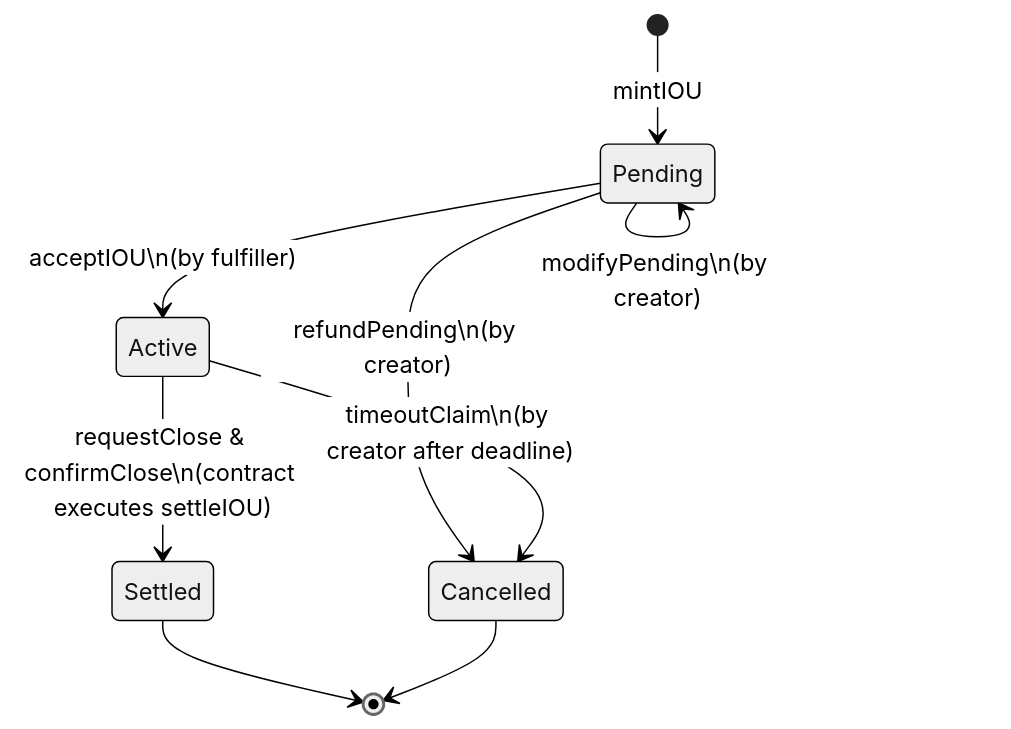
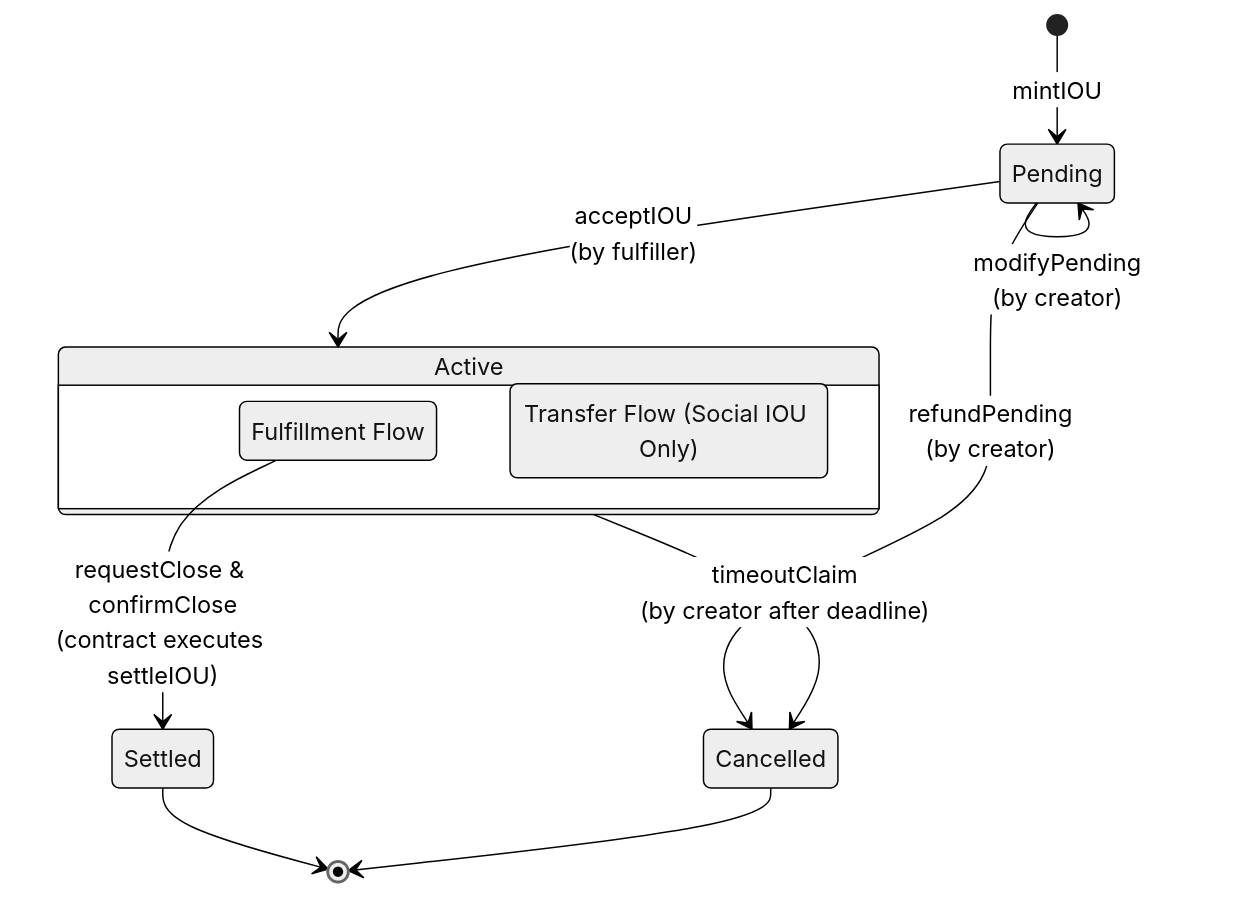
Before and after one commit to nekouibeam/IOUFi: the first of 2 diagrams in docs/System_explain/iou_lifecycle_state_machine.md, drawn with Mermaid (neutral theme). The commit also changed other lines of this file and 1 other file, not shown here.

Commit message:
部分修改

````diff
--- a/docs/System_explain/iou_lifecycle_state_machine.md
+++ b/docs/System_explain/iou_lifecycle_state_machine.md
@@ -5,18 +5,25 @@
 ```mermaid
 stateDiagram-v2
     %% Main States
     [*] --> Pending : mintIOU
     
     %% Pending State Transitions
-    Pending --> Pending : modifyPending\n(by creator)
-    Pending --> Active : acceptIOU\n(by fulfiller)
-    Pending --> Cancelled : refundPending\n(by creator)
+    Pending --> Pending : modifyPending<br>(by creator)
+    Pending --> Active : acceptIOU<br>(by fulfiller)
+    Pending --> Cancelled : refundPending<br>(by creator)
     
-    %% Active State Transitions
-    %% 簡化內部流程，將結算邏輯合併為單一高階轉換
-    Active --> Settled : requestClose & confirmClose\n(contract executes settleIOU)
-    Active --> Cancelled : timeoutClaim\n(by creator after deadline)
+    %% Active State with simple nodes
+    state Active {
+        FulfillmentFlow : Fulfillment Flow
+        TransferFlow : Transfer Flow (Social IOU Only)
+    }
+
+    %% Settlement Flow (Triggered from Fulfillment Flow)
+    FulfillmentFlow --> Settled : requestClose & confirmClose<br>(contract executes settleIOU)
+    
+    %% Timeout Flow
+    Active --> Cancelled : timeoutClaim<br>(by creator after deadline)
 
     Settled --> [*]
     Cancelled --> [*]
 ```
````
